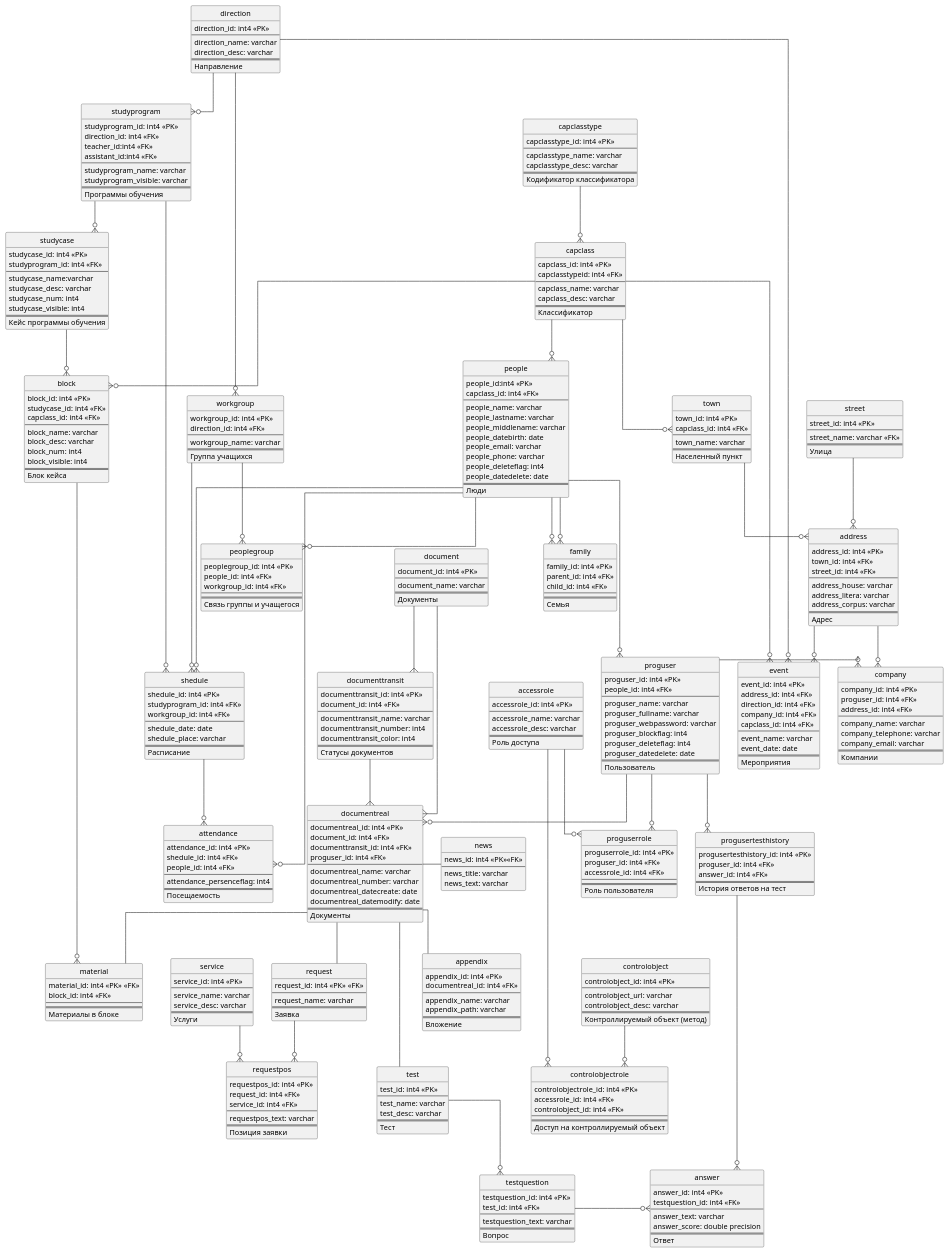
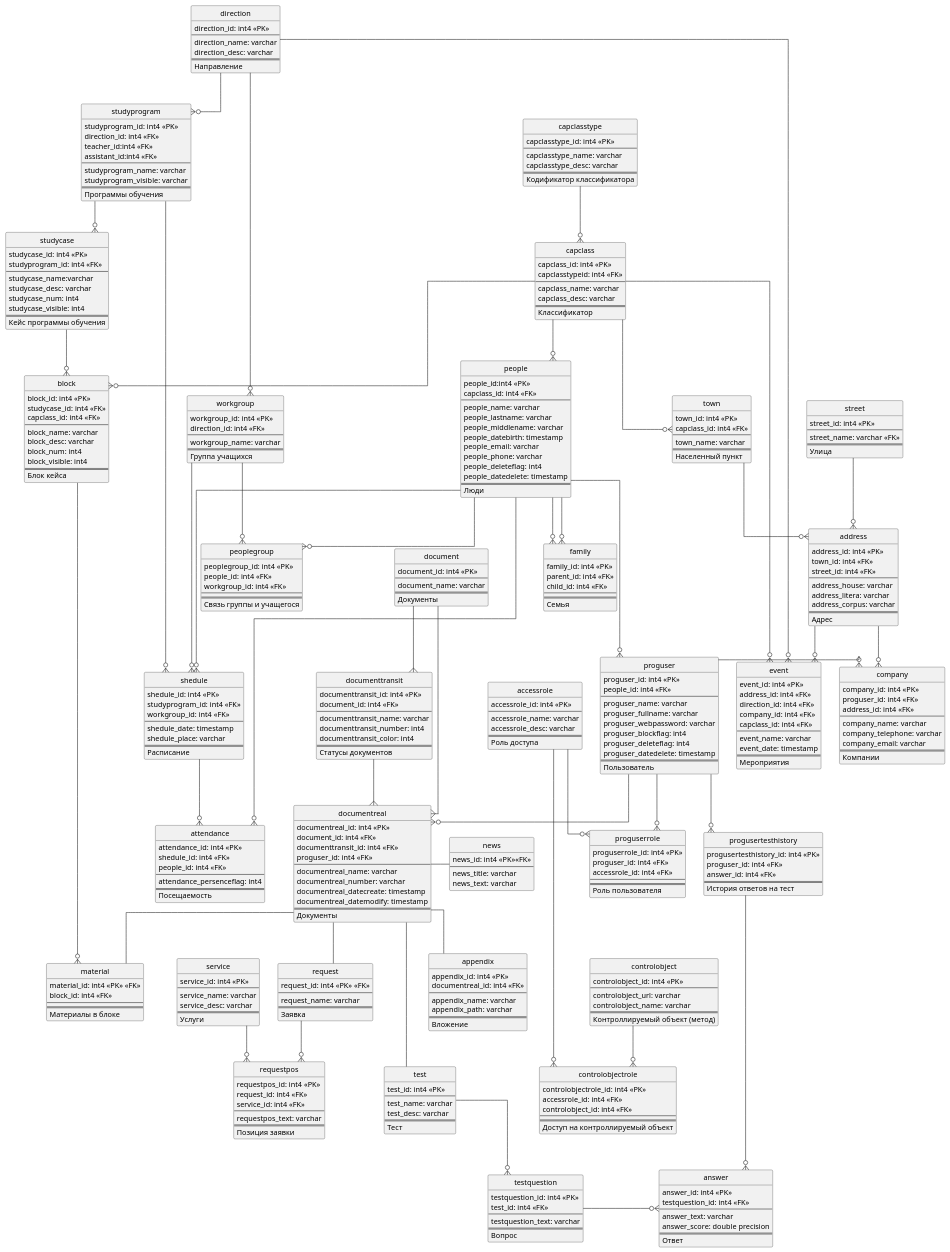
The diagram in docs/er-diagram.puml (Skeletoshka/spring-core-backend), drawn with PlantUML before and after one commit.

Commit message:
обновление er-диаграммы

```diff
--- a/docs/er-diagram.puml
+++ b/docs/er-diagram.puml
@@ -20,11 +20,11 @@
     people_name: varchar
     people_lastname: varchar
     people_middlename: varchar
-    people_datebirth: date
+    people_datebirth: timestamp
     people_email: varchar
     people_phone: varchar
     people_deleteflag: int4
-    people_datedelete: date
+    people_datedelete: timestamp
     ==
     Люди
 }
@@ -119,7 +119,7 @@
     proguser_webpassword: varchar
     proguser_blockflag: int4
     proguser_deleteflag: int4
-    proguser_datedelete: date
+    proguser_datedelete: timestamp
     ==
     Пользователь
 }
@@ -151,7 +151,7 @@
     controlobject_id: int4 <<PK>>
     --
     controlobject_url: varchar
-    controlobject_desc: varchar
+    controlobject_name: varchar
     ==
     Контроллируемый объект (метод)
 }
@@ -160,7 +160,7 @@
     studyprogram_id: int4 <<FK>>
     workgroup_id: int4 <<FK>>
     --
-    shedule_date: date
+    shedule_date: timestamp
     shedule_place: varchar
     ==
     Расписание
@@ -215,7 +215,7 @@
     capclass_id: int4 <<FK>>
     --
     event_name: varchar
-    event_date: date
+    event_date: timestamp
     ==
     Мероприятия
 }
@@ -311,8 +311,8 @@
     --
     documentreal_name: varchar
     documentreal_number: varchar
-    documentreal_datecreate: date
-    documentreal_datemodify: date
+    documentreal_datecreate: timestamp
+    documentreal_datemodify: timestamp
     ==
     Документы
 }
```
